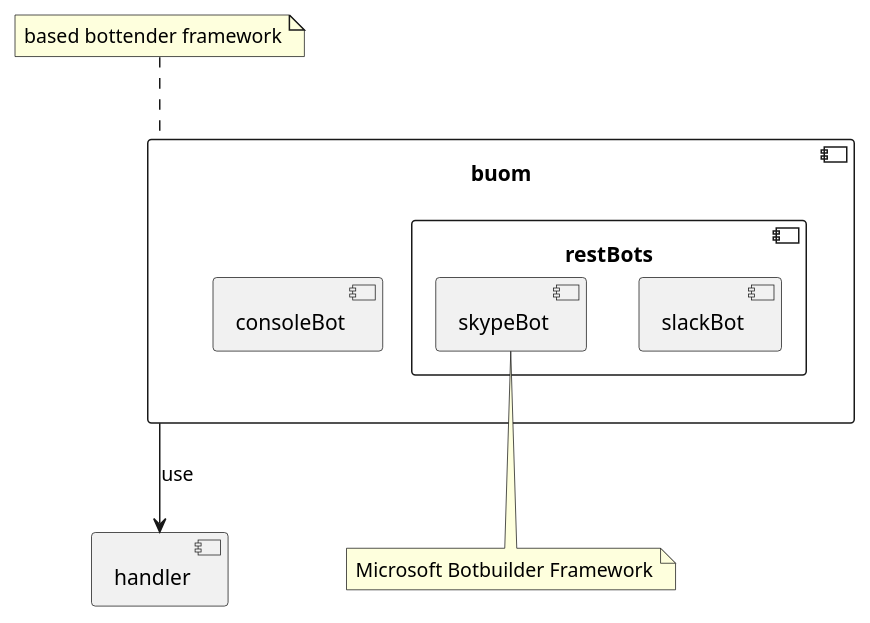
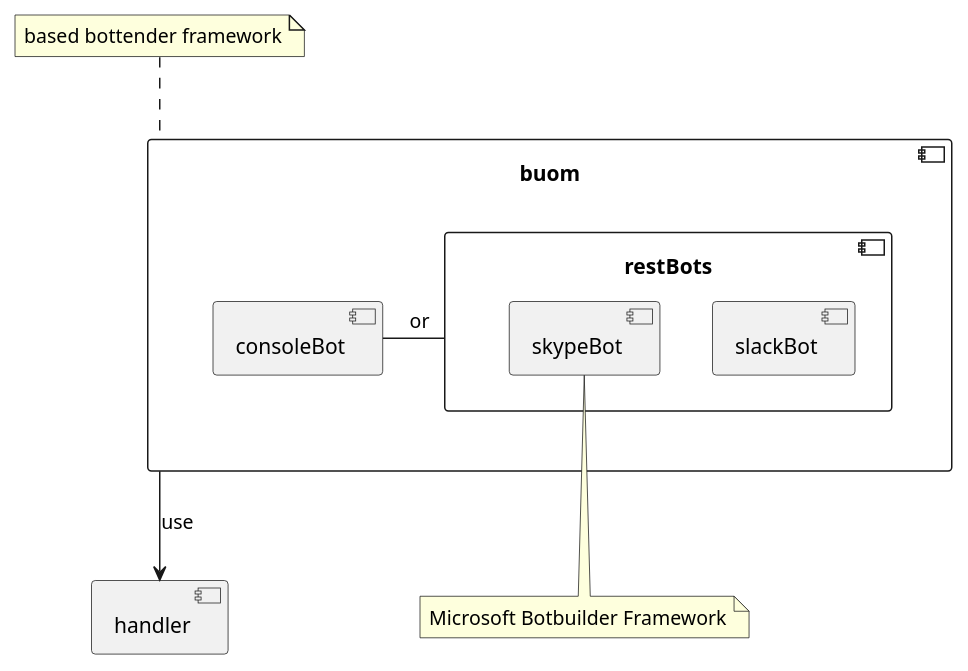
The diagram in docs/arch.puml (gaconkzk/buom), drawn with PlantUML before and after one commit.

Commit message:
one or one

```diff
--- a/docs/arch.puml
+++ b/docs/arch.puml
@@ -1,17 +1,19 @@
 @startuml buom arch design
 component buom {
   component consoleBot
   component restBots {
     [slackBot]
     [skypeBot]
   }
 }
 
-buom --> handler: use
-
 component handler {
 }
+
+consoleBot - restBots: or
+
+buom --> handler: use
 
 note bottom of skypeBot: Microsoft Botbuilder Framework
 note top of buom: based bottender framework
 @enduml
```
